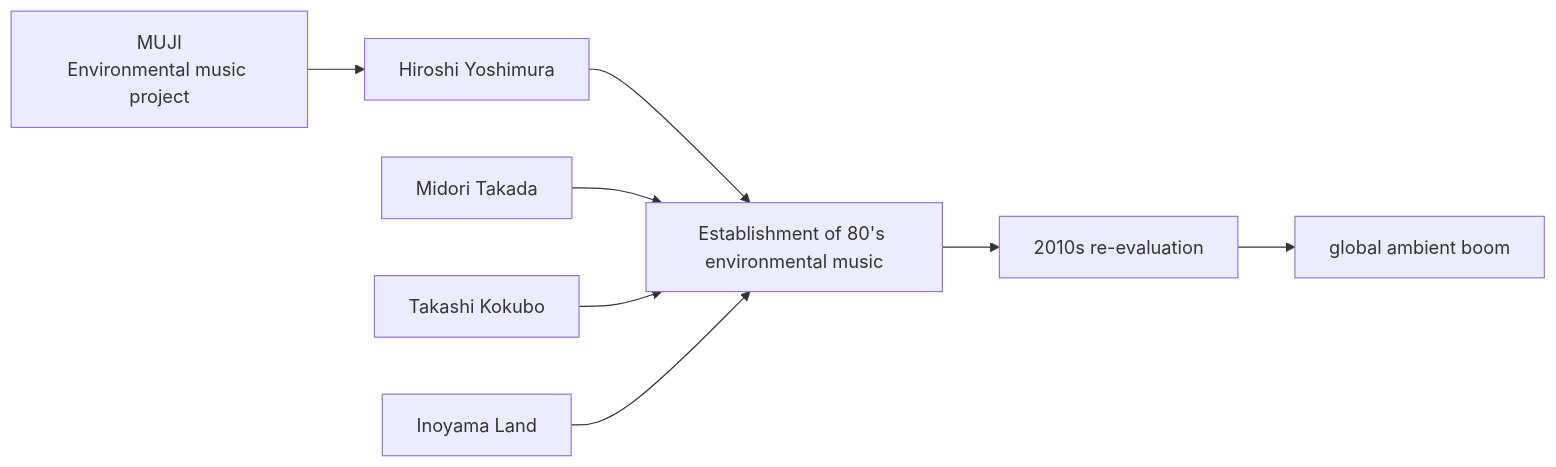
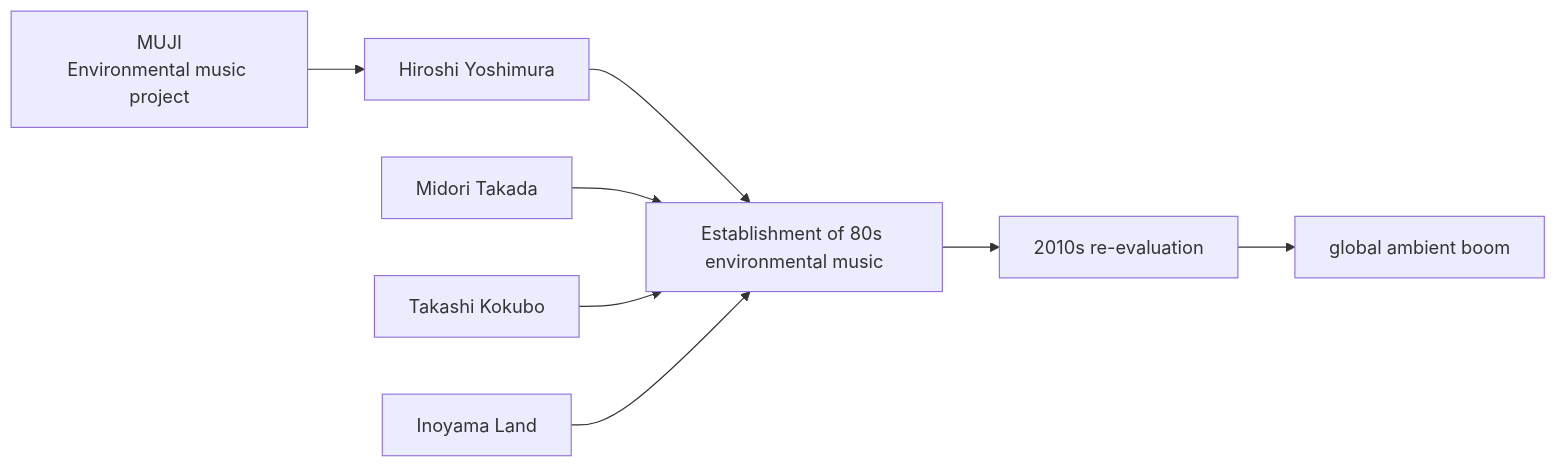
Before and after one commit to monumental-movement/monumental-movement.github.io: the diagram in en/_posts/2025-11-28-column-japanese-ambient-environmental-music.md, drawn with Mermaid. The commit also changed other lines of this file and 435 other files, not shown here.

```diff
--- a/en/_posts/2025-11-28-column-japanese-ambient-environmental-music.md
+++ b/en/_posts/2025-11-28-column-japanese-ambient-environmental-music.md
@@ -253,10 +253,10 @@
 <div class="mermaid">
 graph LR
     MUJI[MUJI<br>Environmental music project] --> YH[Hiroshi Yoshimura]
-    YH --> JP[Establishment of 80's environmental music]
+    YH --> JP[Establishment of 80s environmental music]
     MT[Midori Takada] --> JP
     TK[Takashi Kokubo] --> JP
     INO[Inoyama Land] --> JP
     JP --> RE[2010s re-evaluation]
     RE --> WW[global ambient boom]
 </div>
```
